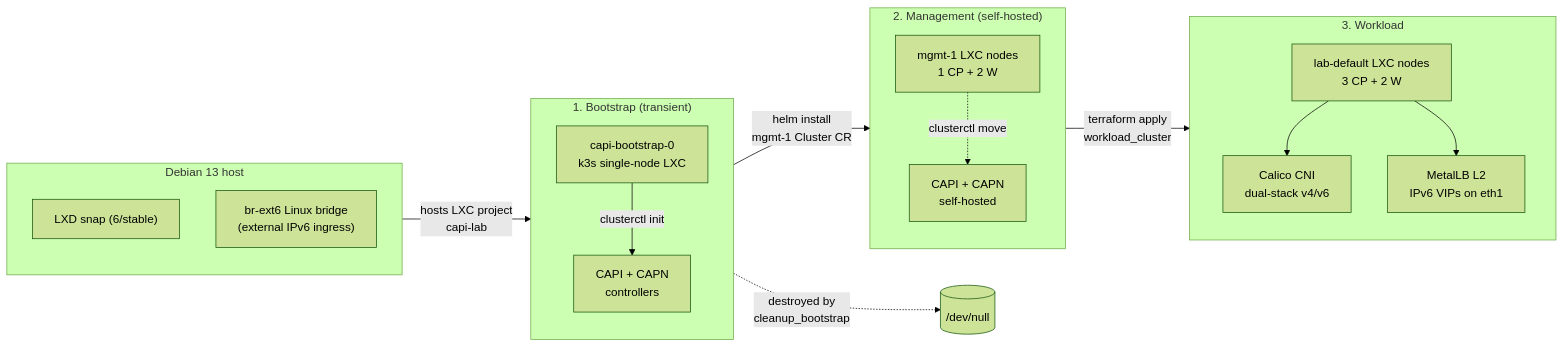
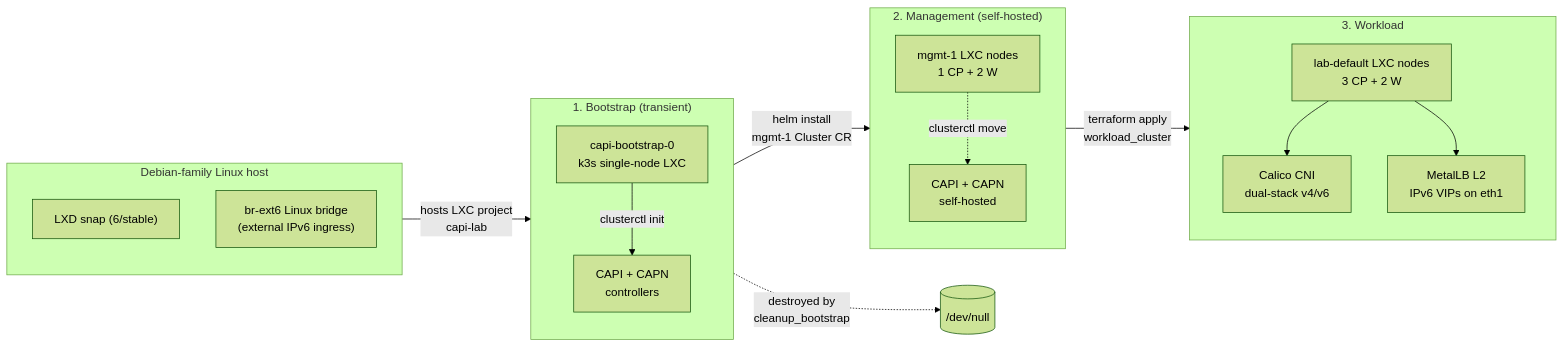
One commit to kogeler/k8s-lab changed the diagram in README.md. Above: the diagram before and after it, drawn with Mermaid (forest theme). The commit also changed other lines of this file and 14 other files, not shown here.

````diff
--- a/README.md
+++ b/README.md
@@ -71,36 +71,36 @@
 ```mermaid
 flowchart LR
-    subgraph host["Debian 13 host"]
+    subgraph host["Debian-family Linux host"]
         direction TB
         snap["LXD snap (6/stable)"]
         bridge["br-ext6 Linux bridge<br/>(external IPv6 ingress)"]
     end
 
     host -->|hosts LXC project<br/>capi-lab| boot
 
     subgraph boot["1. Bootstrap (transient)"]
         direction TB
         k3s["capi-bootstrap-0<br/>k3s single-node LXC"]
         k3s -->|clusterctl init| capi["CAPI + CAPN<br/>controllers"]
     end
 
     boot -->|helm install<br/>mgmt-1 Cluster CR| mgmt
 
     subgraph mgmt["2. Management (self-hosted)"]
         direction TB
         mgmtnodes["mgmt-1 LXC nodes<br/>1 CP + 2 W"]
         capi2["CAPI + CAPN<br/>self-hosted"]
         mgmtnodes -.->|clusterctl move| capi2
     end
 
     boot -.->|destroyed by<br/>cleanup_bootstrap| trash[("/dev/null")]
 
     mgmt -->|terraform apply<br/>workload_cluster| workload
 
     subgraph workload["3. Workload"]
         direction TB
         wnodes["lab-default LXC nodes<br/>3 CP + 2 W"]
         wnodes --> calico["Calico CNI<br/>dual-stack v4/v6"]
         wnodes --> metallb["MetalLB L2<br/>IPv6 VIPs on eth1"]
     end
 ```
````
